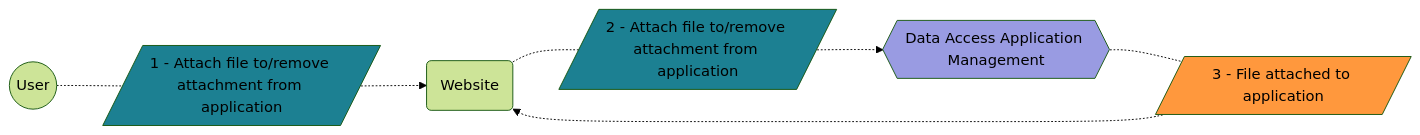
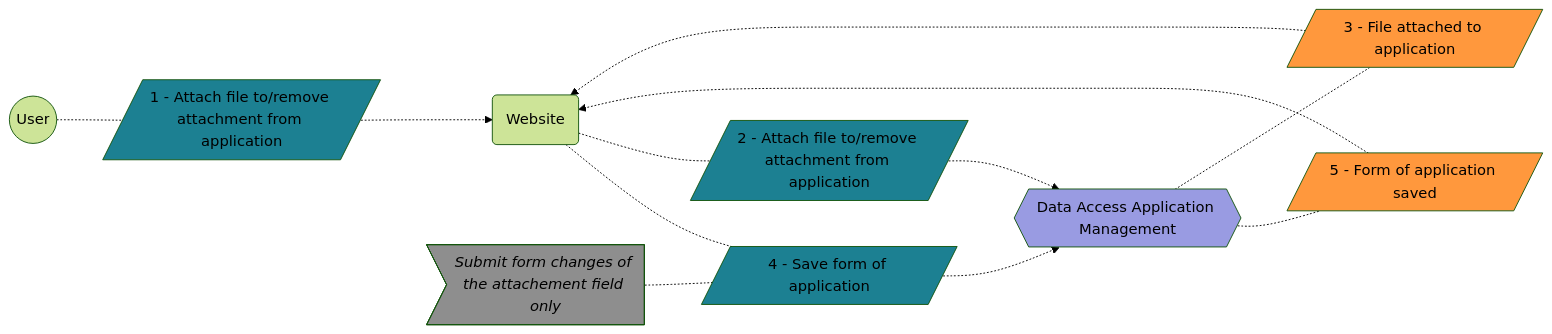
One commit to GenomicDataInfrastructure/gdi-userportal-docs changed the seventh of 15 diagrams in content/docs/data-access-application-management/use-cases/_index.md. Above: the diagram before and after it, drawn with Mermaid (forest theme).

Commit message:
doc: update attachment use case

````diff
--- a/content/docs/data-access-application-management/use-cases/_index.md
+++ b/content/docs/data-access-application-management/use-cases/_index.md
@@ -262,36 +262,54 @@
 ```mermaid
 flowchart LR
     user(("`
         User
     `"))
     
     website("`
         Website
     `")
     
     daam{{"`
         Data Access Application Management
     `"}}
     style daam fill:#999be2
     
     attach_file_1[/"`
         1 - Attach file to/remove attachment from application
     `"/]
     attach_file_2[/"`
         2 - Attach file to/remove attachment from application
     `"/]
+    save_form_changes[/"`
+        4 - Save form of application
+    `"/]
     style attach_file_1 fill:#1C8092
     style attach_file_2 fill:#1C8092
+    style save_form_changes fill:#1C8092
+    
+    save_form_changes_note>"`
+        *Submit form changes of the attachement field only*
+    `"]
+    style save_form_changes_note fill:#8e8e8e
 
     file_attached[/"`
         3 - File attached to application
     `"/]
+    form_saved[/"`
+        5 - Form of application saved
+    `"/]
     style file_attached fill:#FF983D
+    style form_saved fill:#FF983D
 
+    file_attached -.-> website
+    website -.- save_form_changes
+    save_form_changes_note -.- save_form_changes
+    save_form_changes -.-> daam
+    daam -.- form_saved
+    form_saved -.-> website
     user -.- attach_file_1
     attach_file_1 -.-> website
     website -.- attach_file_2
     attach_file_2 -.-> daam
     daam -.- file_attached
-    file_attached -.-> website
 ```
````
